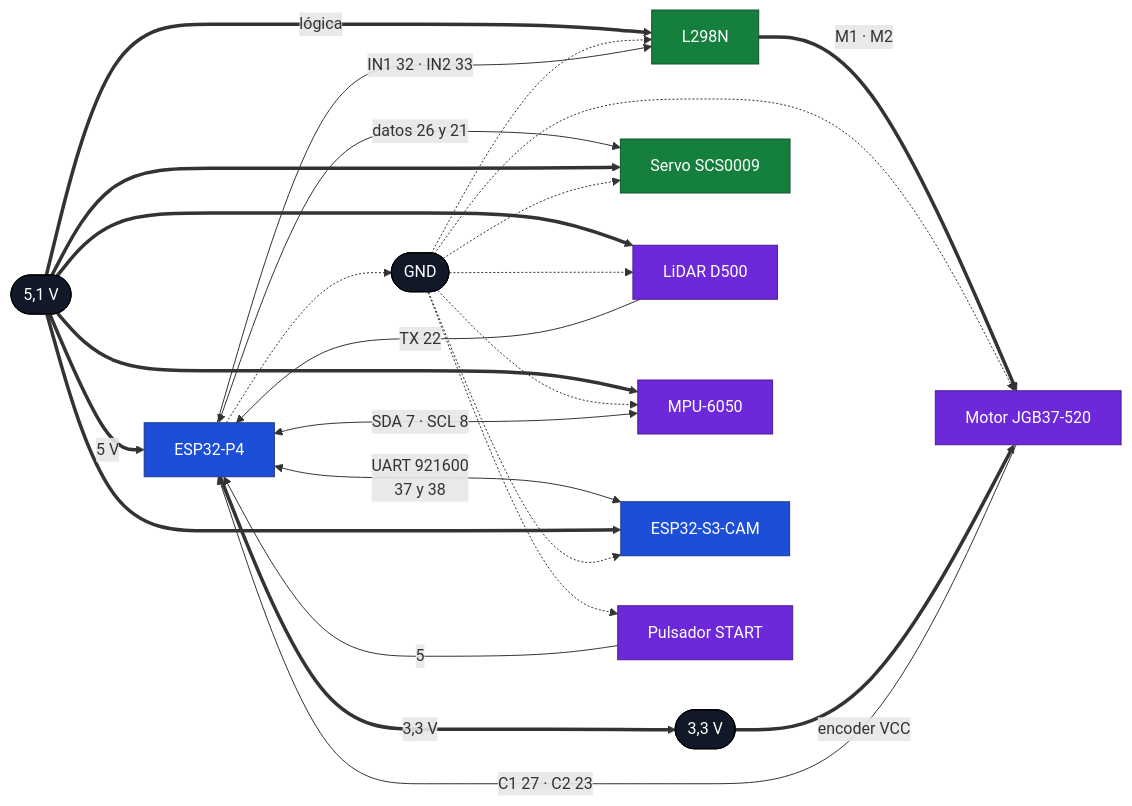
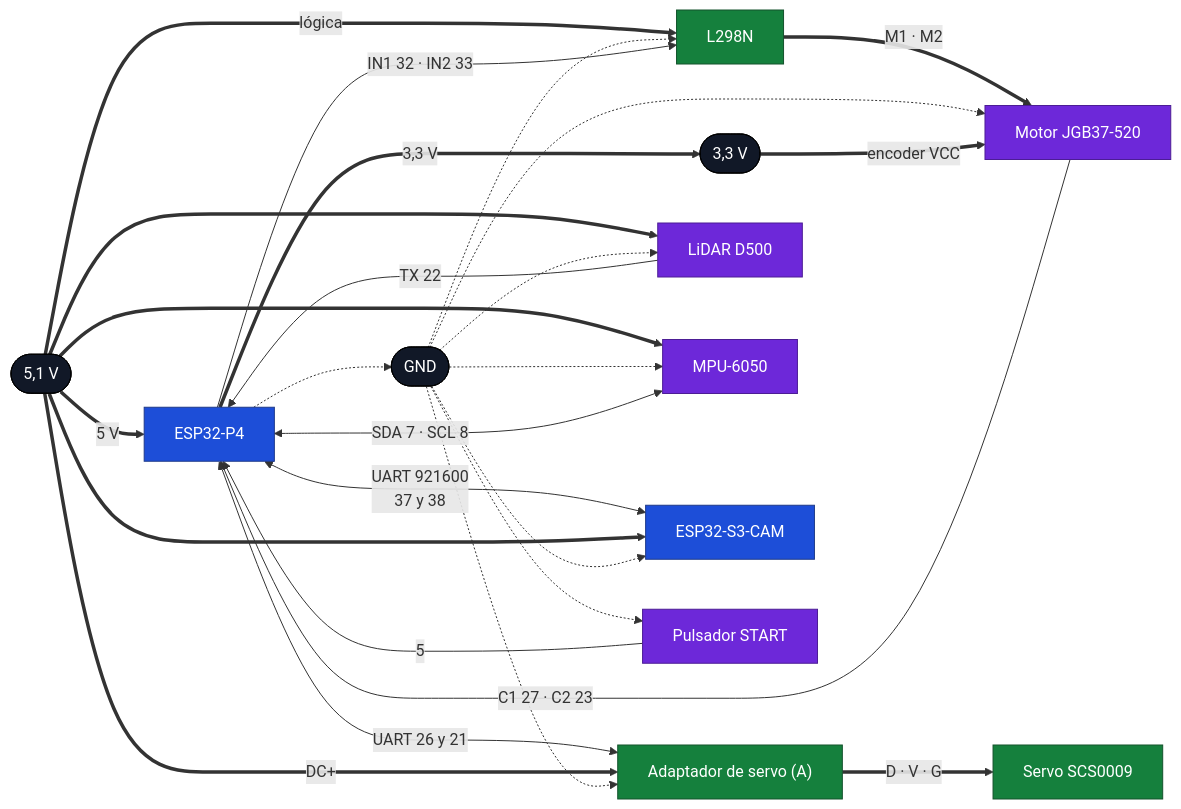
One commit to Eddym06/AutoNex changed the fifth of 5 diagrams in docs/ELECTRONICS.md. Above: the diagram before and after it, drawn with Mermaid. The commit also changed other lines of this file, not shown here.

Commit message:
electronica actualizada con la placa de comunicacion del servo por ST/SC

````diff
--- a/docs/ELECTRONICS.md
+++ b/docs/ELECTRONICS.md
@@ -349,56 +430,58 @@
 ```mermaid
 flowchart LR
     BUS(["5,1 V"])
     V33(["3,3 V"])
     GND(["GND"])
 
     P4["ESP32-P4"]
 
     L298["L298N"]
     MOT["Motor JGB37-520"]
+    ADP["Adaptador de servo (A)"]
     SRV["Servo SCS0009"]
     LID["LiDAR D500"]
     IMU["MPU-6050"]
     S3["ESP32-S3-CAM"]
     BTN["Pulsador START"]
 
     BUS ==>|"5 V"| P4
     P4 ==>|"3,3 V"| V33
     P4 -.-> GND
 
     BUS ==>|"lógica"| L298
     GND -.-> L298
     P4 -->|"IN1 32 · IN2 33"| L298
     L298 ==>|"M1 · M2"| MOT
     GND -.-> MOT
     V33 ==>|"encoder VCC"| MOT
     MOT -->|"C1 27 · C2 23"| P4
 
-    P4 <-->|"datos 26 y 21"| SRV
-    BUS ==> SRV
-    GND -.-> SRV
+    P4 <-->|"UART 26 y 21"| ADP
+    BUS ==>|"DC+"| ADP
+    GND -.-> ADP
+    ADP ==>|"D · V · G"| SRV
 
     LID -->|"TX 22"| P4
     BUS ==> LID
     GND -.-> LID
 
     IMU <-->|"SDA 7 · SCL 8"| P4
     BUS ==> IMU
     GND -.-> IMU
 
     P4 <-->|"UART 921600<br/>37 y 38"| S3
     BUS ==> S3
     GND -.-> S3
 
     BTN -->|"5"| P4
     GND -.-> BTN
 
     classDef rails fill:#111827,stroke:#000000,color:#ffffff
     classDef ctrl fill:#1d4ed8,stroke:#1e3a8a,color:#ffffff
     classDef act fill:#15803d,stroke:#14532d,color:#ffffff
     classDef sen fill:#6d28d9,stroke:#4c1d95,color:#ffffff
     class BUS,V33,GND rails
     class P4,S3 ctrl
-    class L298,SRV act
+    class L298,SRV,ADP act
     class MOT,LID,IMU,BTN sen
 ```
````
